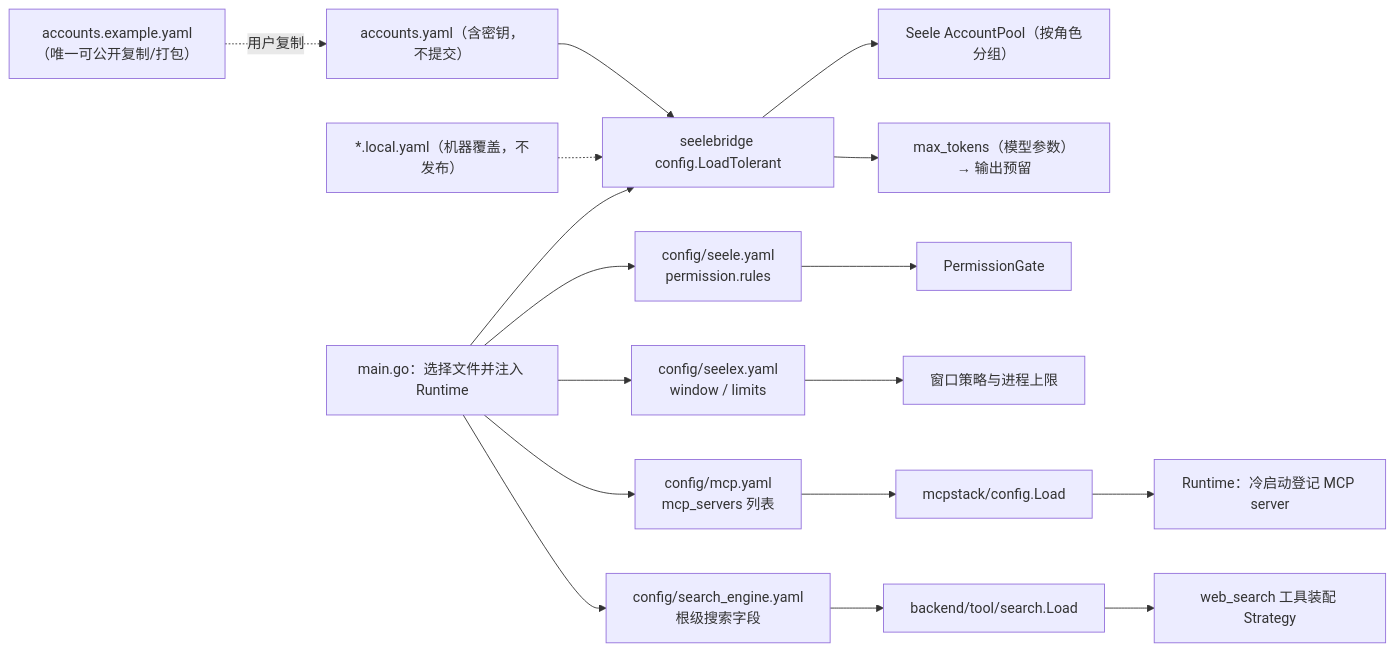
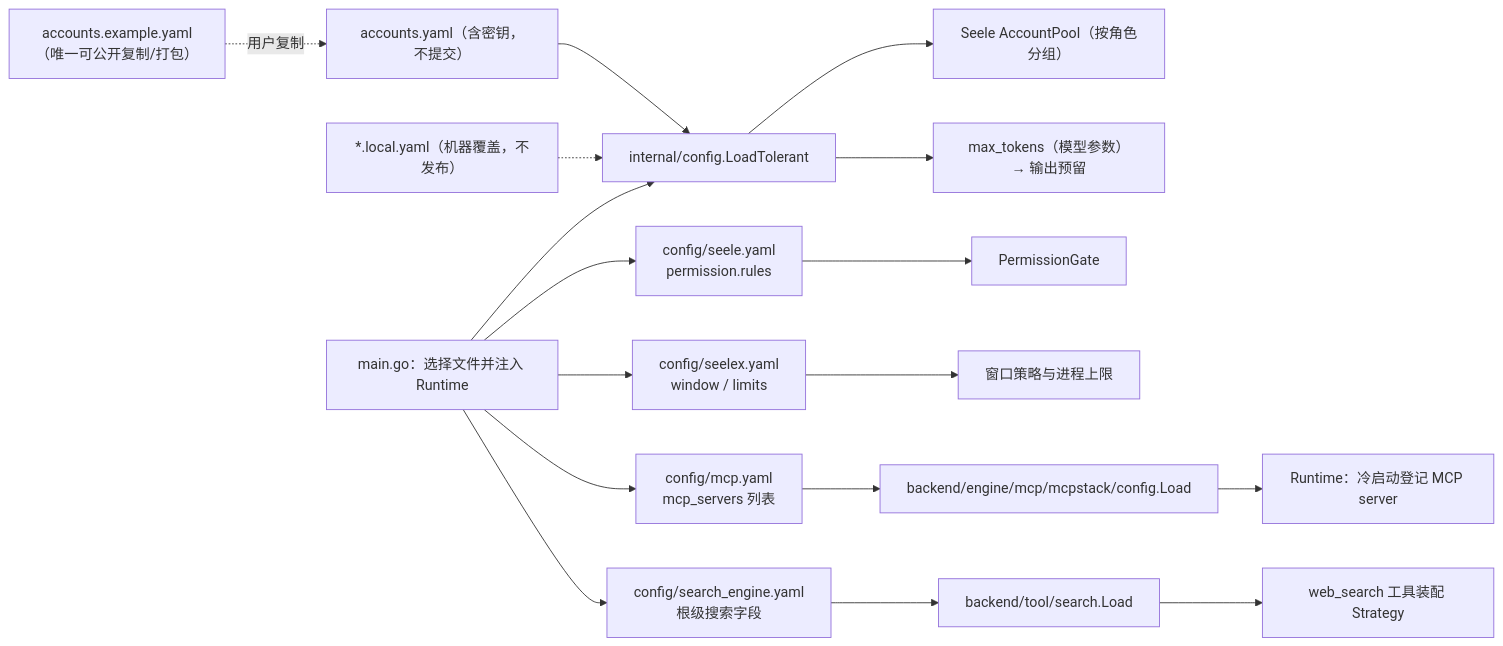
Before and after one commit to RedHuang-0622/seelex: the diagram in config/README.md, drawn with Mermaid. The commit also changed other lines of this file and 28 other files, not shown here.

````diff
--- a/config/README.md
+++ b/config/README.md
@@ -31,19 +31,19 @@
 ```mermaid
 flowchart LR
     TPL["accounts.example.yaml<br/>（唯一可公开复制/打包）"] -.->|用户复制| LOCAL["accounts.yaml（含密钥，不提交）"]
-    LOCAL --> LOAD["seelebridge config.LoadTolerant"]
+    LOCAL --> LOAD["internal/config.LoadTolerant"]
     LOCALOVR["*.local.yaml（机器覆盖，不发布）"] -.-> LOAD
     LOAD --> POOL["Seele AccountPool（按角色分组）"]
     LOAD --> BUDGET["max_tokens（模型参数）→ 输出预留"]
     SEELE["config/seele.yaml<br/>permission.rules"] --> GATE["PermissionGate"]
     SEELEX["config/seelex.yaml<br/>window / limits"] --> WIN["窗口策略与进程上限"]
     ROOT["main.go：选择文件并注入 Runtime"] --> LOAD
     ROOT --> SEELE
     ROOT --> SEELEX
-    MCP["config/mcp.yaml<br/>mcp_servers 列表"] --> MCPLOAD["mcpstack/config.Load"]
+    MCP["config/mcp.yaml<br/>mcp_servers 列表"] --> MCPLOAD["backend/engine/mcp/mcpstack/config.Load"]
     MCPLOAD --> LAZY["Runtime：冷启动登记 MCP server"]
     SEARCH["config/search_engine.yaml<br/>根级搜索字段"] --> SEARCHLOAD["backend/tool/search.Load"]
     SEARCHLOAD --> WEBSEARCH["web_search 工具装配 Strategy"]
     ROOT --> MCP
     ROOT --> SEARCH
 ```
````
